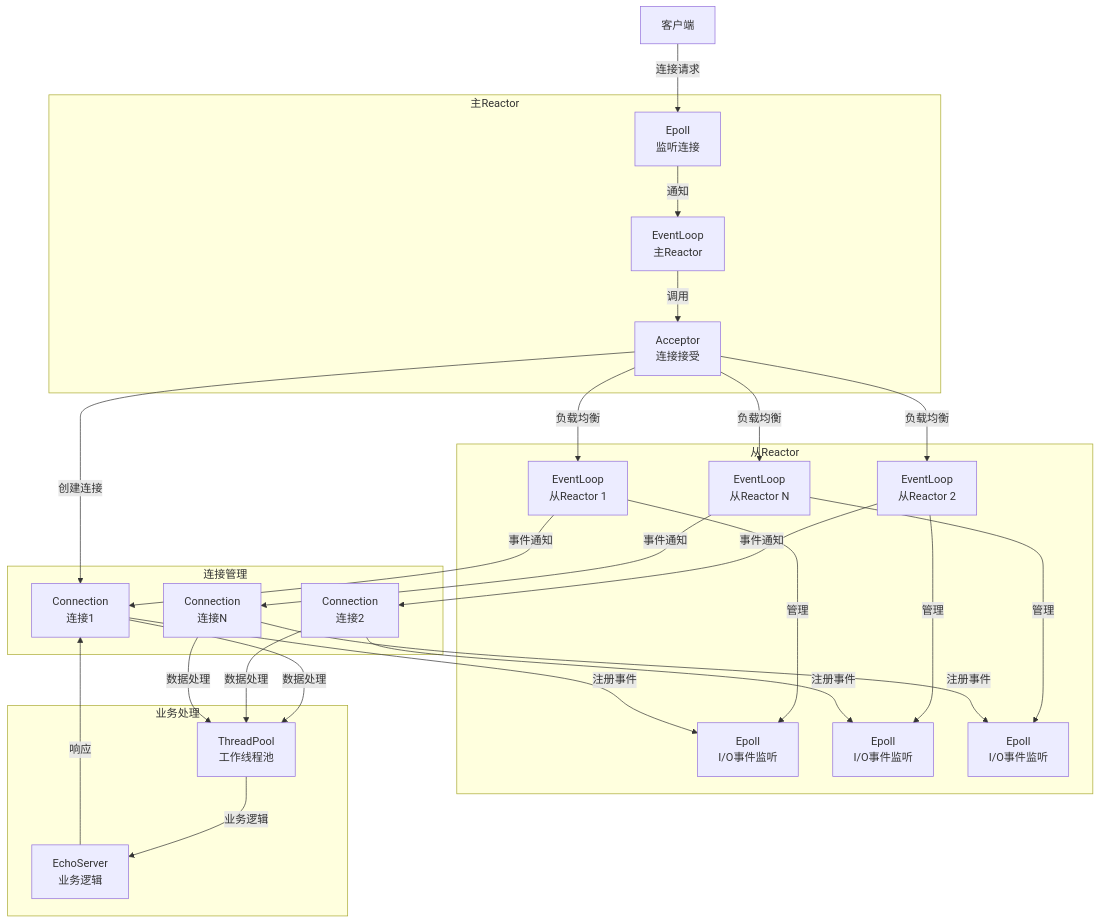
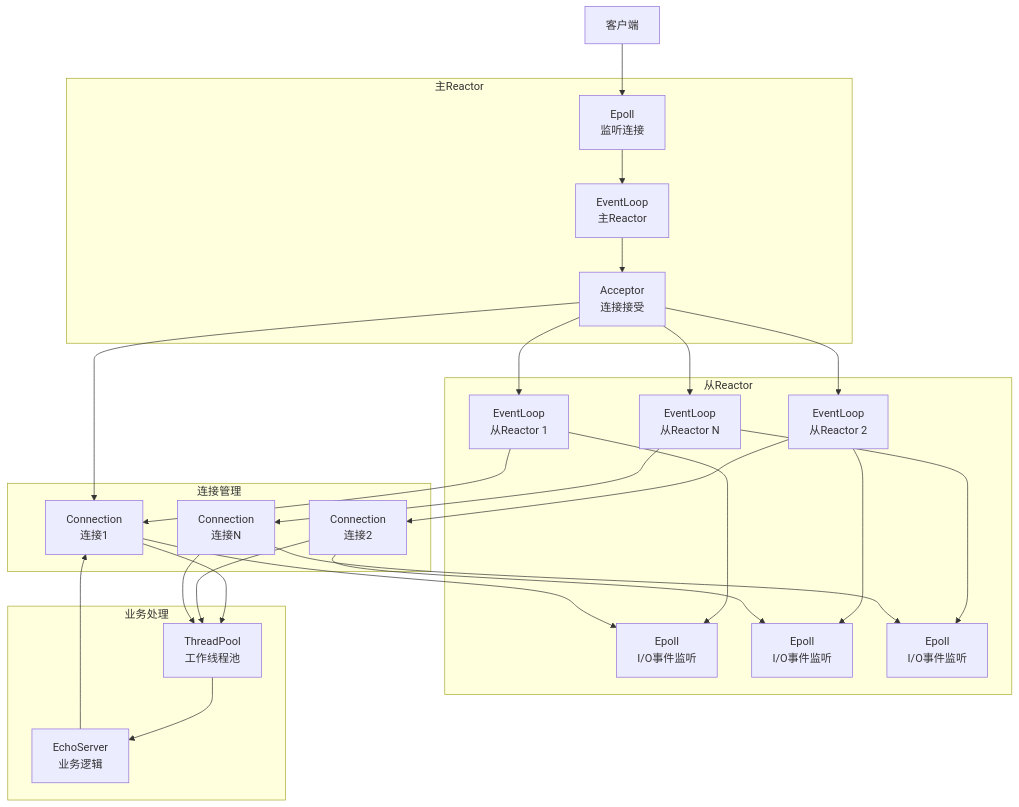
Before and after one commit to yaoqianshuwow/BankServer: the second of 6 diagrams in README.md, drawn with Mermaid. The commit also changed other lines of this file, not shown here.

Commit message:
修复 Mermaid 流程图语法问题，移除箭头中的标签，避免使用 | 符号，确保 5.1、5.2 和 5.3 部分的流程图能够正确显示

````diff
--- a/README.md
+++ b/README.md
@@ -122,55 +122,55 @@
 ```mermaid
 flowchart TD
     subgraph 主Reactor
         MainReactor[EventLoop\n主Reactor]
         Acceptor[Acceptor\n连接接受]
         MainEpoll[Epoll\n监听连接]
     end
     
     subgraph 从Reactor
         SubReactor1[EventLoop\n从Reactor 1]
         SubReactor2[EventLoop\n从Reactor 2]
         SubReactor3[EventLoop\n从Reactor N]
         SubEpoll1[Epoll\nI/O事件监听]
         SubEpoll2[Epoll\nI/O事件监听]
         SubEpoll3[Epoll\nI/O事件监听]
     end
     
     subgraph 连接管理
         Connection1[Connection\n连接1]
         Connection2[Connection\n连接2]
         Connection3[Connection\n连接N]
     end
     
     subgraph 业务处理
         ThreadPool[ThreadPool\n工作线程池]
         BusinessLogic[EchoServer\n业务逻辑]
     end
     
-    Client[客户端] -->|连接请求| MainEpoll
-    MainEpoll -->|通知| MainReactor
-    MainReactor -->|调用| Acceptor
-    Acceptor -->|创建连接| Connection1
-    Acceptor -->|负载均衡| SubReactor1
-    Acceptor -->|负载均衡| SubReactor2
-    Acceptor -->|负载均衡| SubReactor3
+    Client[客户端] --> MainEpoll
+    MainEpoll --> MainReactor
+    MainReactor --> Acceptor
+    Acceptor --> Connection1
+    Acceptor --> SubReactor1
+    Acceptor --> SubReactor2
+    Acceptor --> SubReactor3
     
-    SubReactor1 -->|管理| SubEpoll1
-    SubReactor2 -->|管理| SubEpoll2
-    SubReactor3 -->|管理| SubEpoll3
+    SubReactor1 --> SubEpoll1
+    SubReactor2 --> SubEpoll2
+    SubReactor3 --> SubEpoll3
     
-    Connection1 -->|注册事件| SubEpoll1
-    Connection2 -->|注册事件| SubEpoll2
-    Connection3 -->|注册事件| SubEpoll3
+    Connection1 --> SubEpoll1
+    Connection2 --> SubEpoll2
+    Connection3 --> SubEpoll3
     
-    SubReactor1 -->|事件通知| Connection1
-    SubReactor2 -->|事件通知| Connection2
-    SubReactor3 -->|事件通知| Connection3
+    SubReactor1 --> Connection1
+    SubReactor2 --> Connection2
+    SubReactor3 --> Connection3
     
-    Connection1 -->|数据处理| ThreadPool
-    Connection2 -->|数据处理| ThreadPool
-    Connection3 -->|数据处理| ThreadPool
+    Connection1 --> ThreadPool
+    Connection2 --> ThreadPool
+    Connection3 --> ThreadPool
     
-    ThreadPool -->|业务逻辑| BusinessLogic
-    BusinessLogic -->|响应| Connection1
+    ThreadPool --> BusinessLogic
+    BusinessLogic --> Connection1
 ```
````
